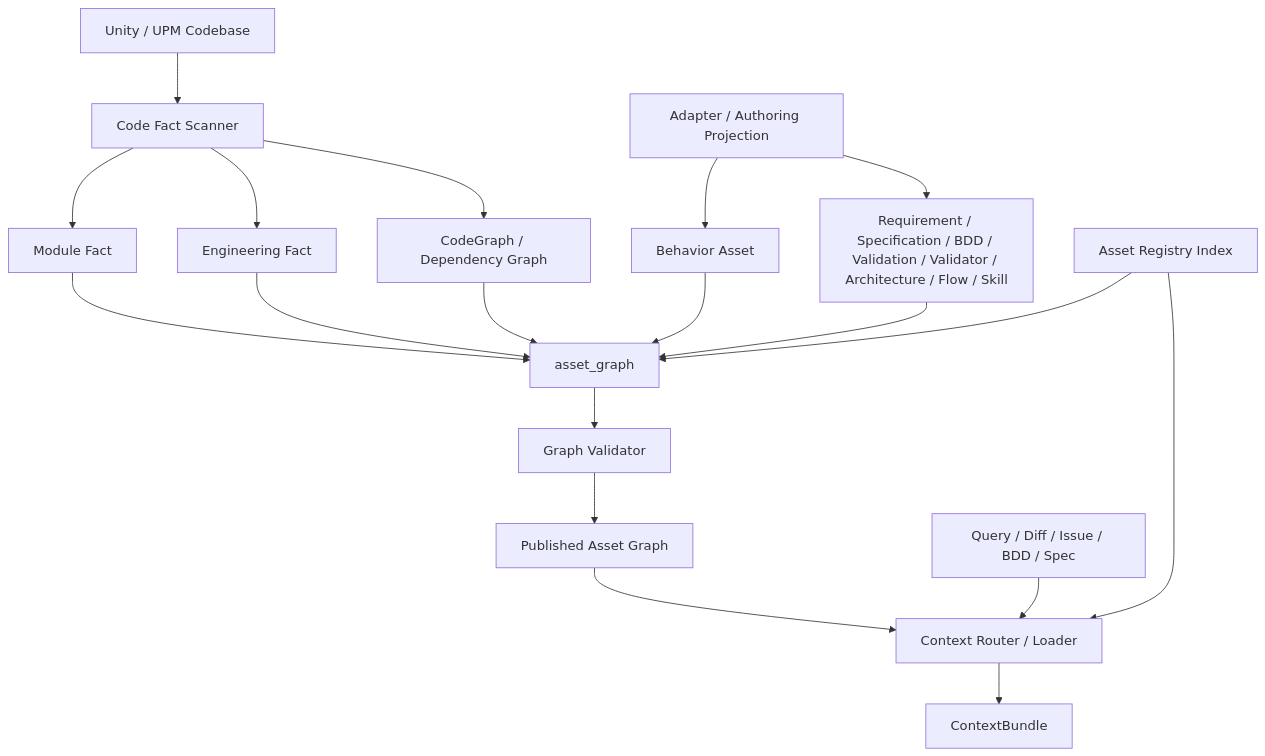
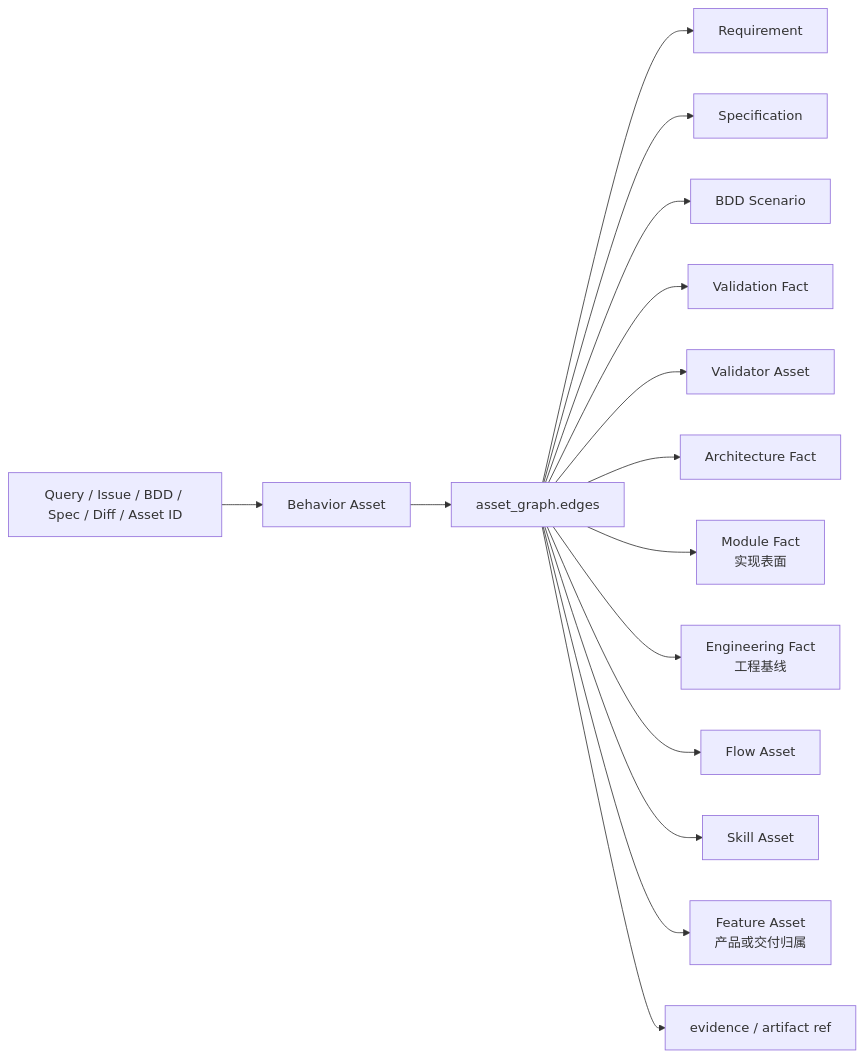
The third of 4 diagrams in docs/uconnect-context-management.zh.md (daihothot/uconnect), drawn with Mermaid before and after one commit. The commit also changed other lines of this file, not shown here.

First line of the commit message:
docs(uconnect-context-management): simplify asset graph docs and refine router spec

````diff
--- a/docs/uconnect-context-management.zh.md
+++ b/docs/uconnect-context-management.zh.md
@@ -1729,25 +1727,17 @@
 ```mermaid
-flowchart TB
-    Code[Unity / UPM Codebase] --> Scanner[Code Fact Scanner]
-    Scanner --> ModuleFact[Module Fact]
-    Scanner --> EngineeringFact[Engineering Fact]
-    Scanner --> CodeGraph[CodeGraph / Dependency Graph]
-
-    Adapter[Adapter / Authoring Projection] --> Behavior[Behavior Asset]
-    Adapter --> UpperAssets[Requirement / Specification / BDD / Validation / Validator / Architecture / Flow / Skill]
-
-    Registry[Asset Registry Index] --> AssetGraph[asset_graph]
-    Behavior --> AssetGraph
-    ModuleFact --> AssetGraph
-    EngineeringFact --> AssetGraph
-    CodeGraph --> AssetGraph
-    UpperAssets --> AssetGraph
-
-    AssetGraph --> GraphCheck[Graph Validator]
-    GraphCheck --> PublishedGraph[Published Asset Graph]
-
-    Request[Query / Diff / Issue / BDD / Spec] --> Router[Context Router / Loader]
-    Registry --> Router
-    PublishedGraph --> Router
-    Router --> Bundle[ContextBundle]
+flowchart LR
+    Entry[Query / Issue / BDD / Spec / Diff / Asset ID] --> Behavior[Behavior Asset]
+    Behavior --> Graph[asset_graph.edges]
+    Graph --> Req[Requirement]
+    Graph --> Spec[Specification]
+    Graph --> BDD[BDD Scenario]
+    Graph --> Validation[Validation Fact]
+    Graph --> Validator[Validator Asset]
+    Graph --> Arch[Architecture Fact]
+    Graph --> Module[Module Fact<br/>实现表面]
+    Graph --> Engineering[Engineering Fact<br/>工程基线]
+    Graph --> Flow[Flow Asset]
+    Graph --> Skill[Skill Asset]
+    Graph --> Feature[Feature Asset<br/>产品或交付归属]
+    Graph --> Evidence[evidence / artifact ref]
 ```
````
